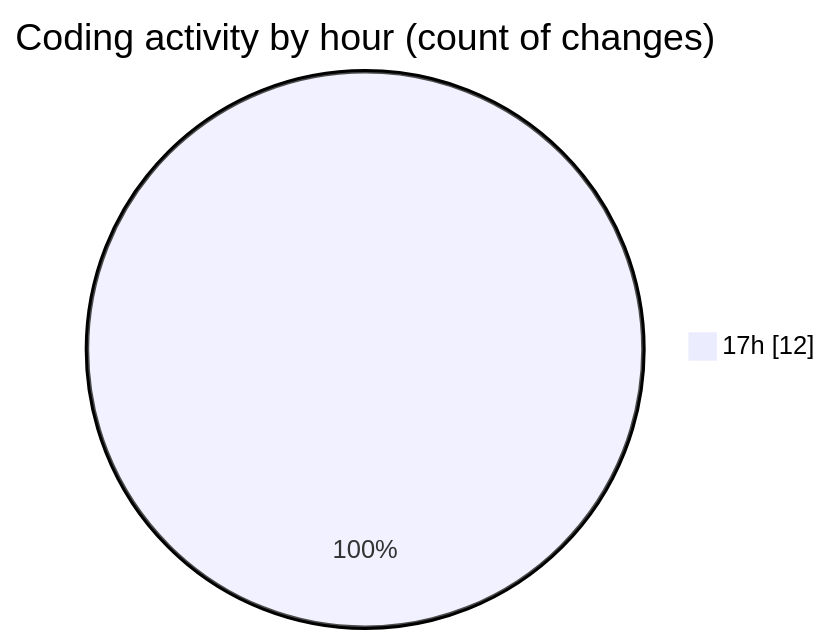
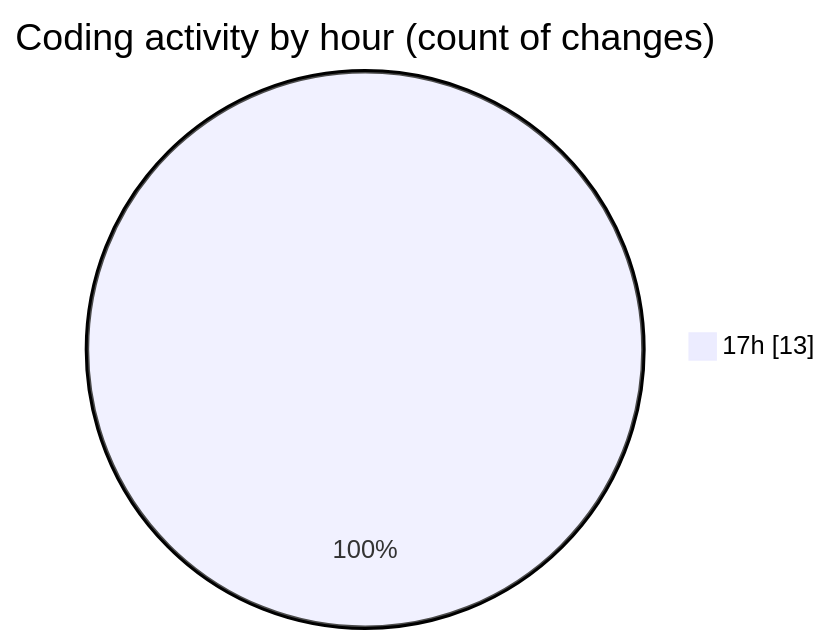
One commit to charlie-sans/code-tracking changed the second of 2 diagrams in 2025-05-01/uhigh-lang/README.md. Above: the diagram before and after it, drawn with Mermaid. The commit also changed other lines of this file and 1 other file, not shown here.

````diff
--- a/2025-05-01/uhigh-lang/README.md
+++ b/2025-05-01/uhigh-lang/README.md
@@ -32,5 +32,5 @@
 ```mermaid
 pie showData
 title Coding activity by hour (count of changes)
-"17h" : 12
+"17h" : 13
 ```
````
